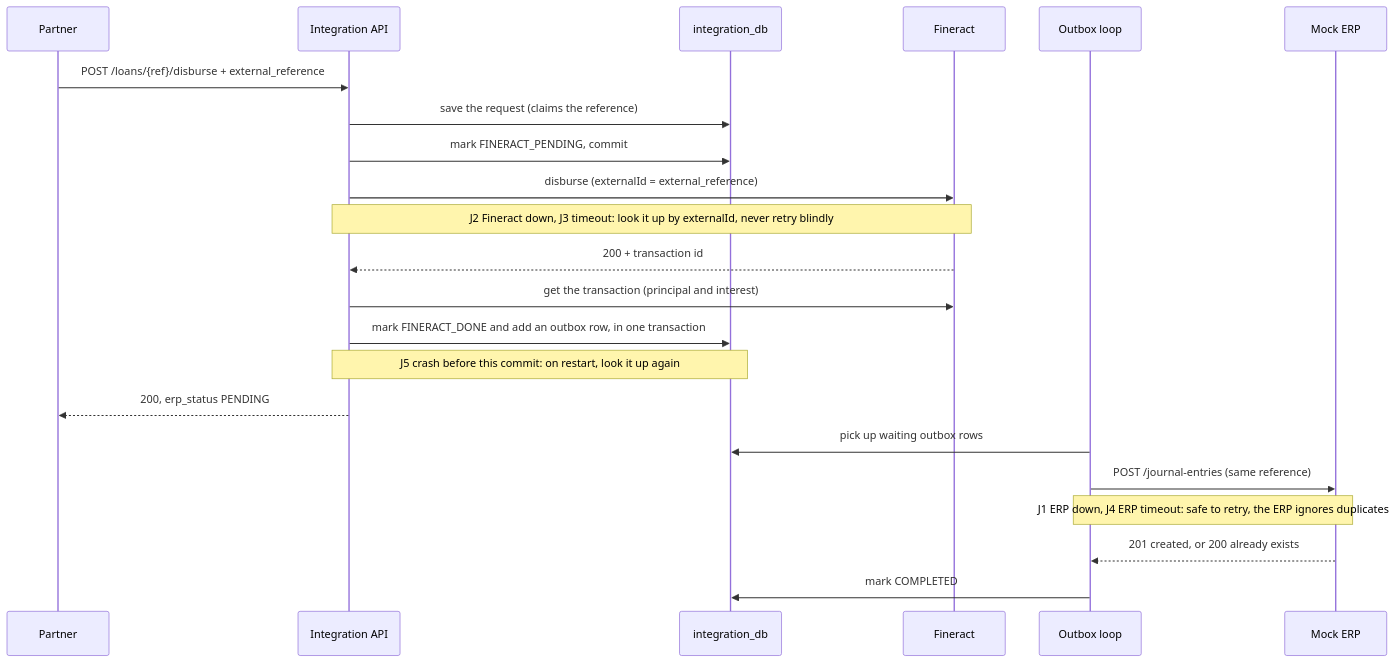
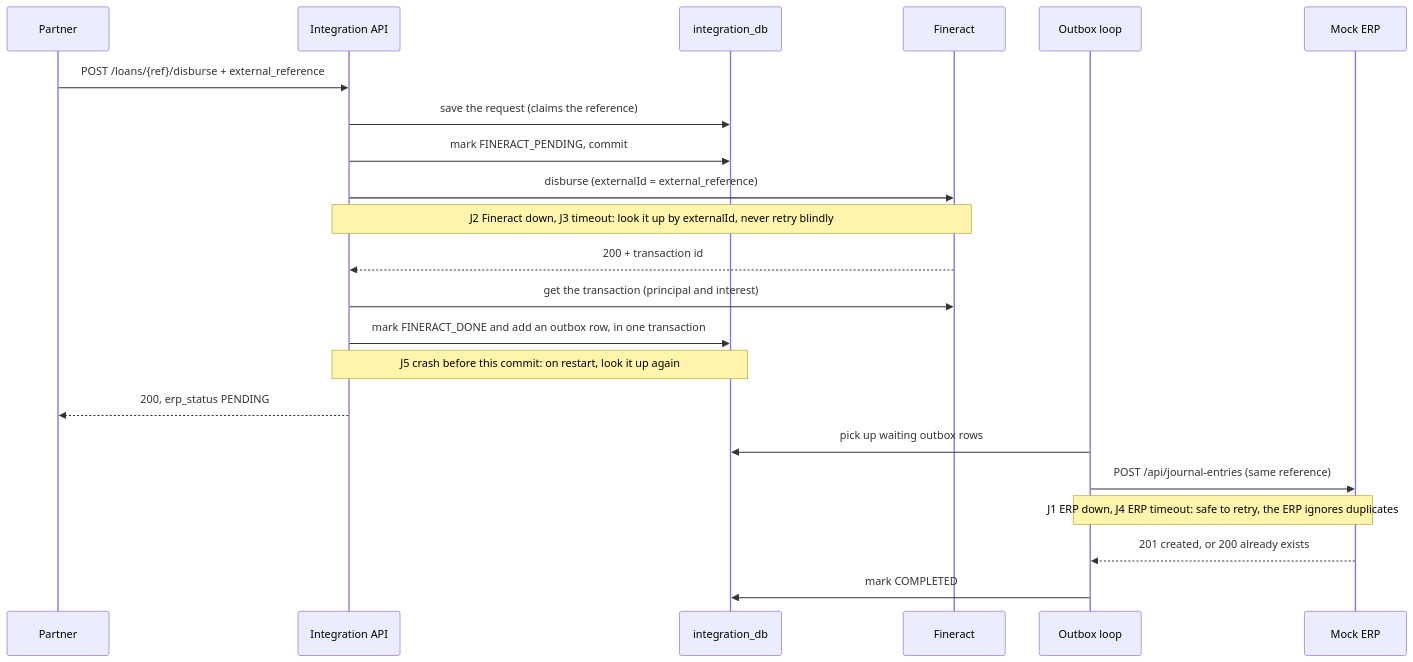
One commit to wmnjuguna/Inkomoko-Interview changed the second of 3 diagrams in ARCHITECTURE.md. Above: the diagram before and after it, drawn with Mermaid. The commit also changed other lines of this file and 1 other file, not shown here.

Commit message:
docs: describe the Mock ERP architecture and API

````diff
--- a/ARCHITECTURE.md
+++ b/ARCHITECTURE.md
@@ -45,24 +82,24 @@
 ```mermaid
 sequenceDiagram
   participant P as Partner
   participant API as Integration API
   participant DB as integration_db
   participant F as Fineract
   participant W as Outbox loop
   participant E as Mock ERP
   P->>API: POST /loans/{ref}/disburse + external_reference
   API->>DB: save the request (claims the reference)
   API->>DB: mark FINERACT_PENDING, commit
   API->>F: disburse (externalId = external_reference)
   Note over API,F: J2 Fineract down, J3 timeout: look it up by externalId, never retry blindly
   F-->>API: 200 + transaction id
   API->>F: get the transaction (principal and interest)
   API->>DB: mark FINERACT_DONE and add an outbox row, in one transaction
   Note over API,DB: J5 crash before this commit: on restart, look it up again
   API-->>P: 200, erp_status PENDING
   W->>DB: pick up waiting outbox rows
-  W->>E: POST /journal-entries (same reference)
+  W->>E: POST /api/journal-entries (same reference)
   Note over W,E: J1 ERP down, J4 ERP timeout: safe to retry, the ERP ignores duplicates
   E-->>W: 201 created, or 200 already exists
   W->>DB: mark COMPLETED
 ```
````
